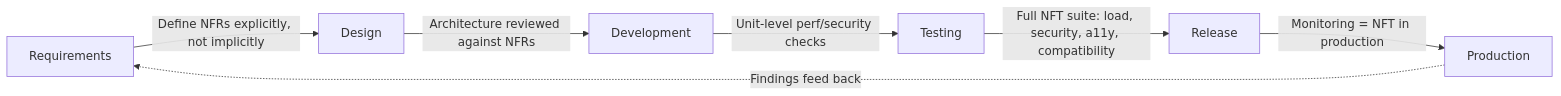
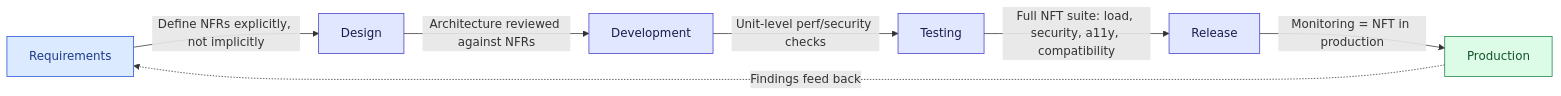
The third of 3 diagrams in Part_01_NFT_Fundamentals_ISO25010.md (ghanendra-sdet/non-functional-testing-playbook), drawn with Mermaid before and after one commit. The commit also changed other lines of this file and 15 other files, not shown here.

Commit message:
Fix ToC anchors and theme re-render; update to OWASP 2025, WCAG 2.2, PCI DSS 4.0.1; style diagrams

````diff
--- a/Part_01_NFT_Fundamentals_ISO25010.md
+++ b/Part_01_NFT_Fundamentals_ISO25010.md
@@ -246,9 +278,18 @@
 ```mermaid
 graph LR
     A[Requirements] -->|Define NFRs explicitly, not implicitly| B[Design]
     B -->|Architecture reviewed against NFRs| C[Development]
     C -->|Unit-level perf/security checks| D[Testing]
     D -->|Full NFT suite: load, security, a11y, compatibility| E[Release]
     E -->|Monitoring = NFT in production| F[Production]
     F -.->|Findings feed back| A
+
+    classDef start fill:#dbeafe,stroke:#1d4ed8,color:#1e3a8a
+    classDef step fill:#e0e7ff,stroke:#4338ca,color:#1e1b4b
+    classDef decision fill:#fef3c7,stroke:#b45309,color:#78350f
+    classDef good fill:#dcfce7,stroke:#15803d,color:#14532d
+    classDef bad fill:#fee2e2,stroke:#b91c1c,color:#7f1d1d
+    class A start
+    class B,C,D,E step
+    class F good
 ```
````
